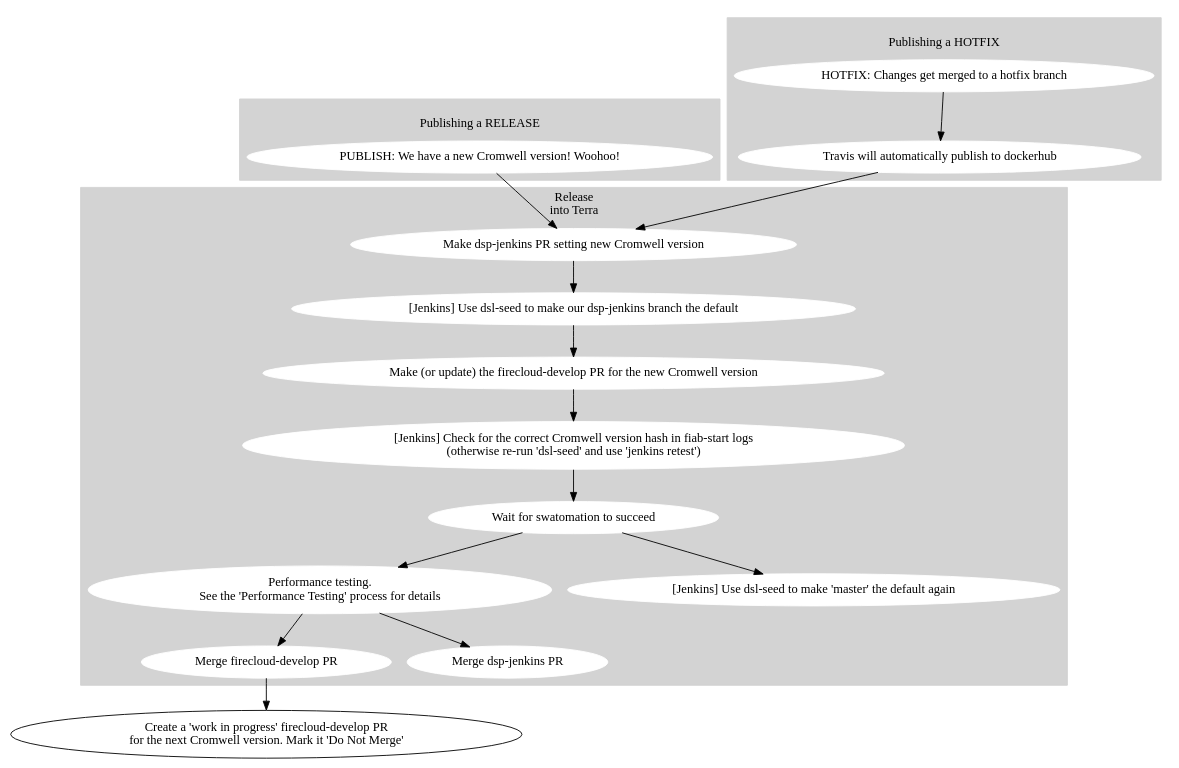
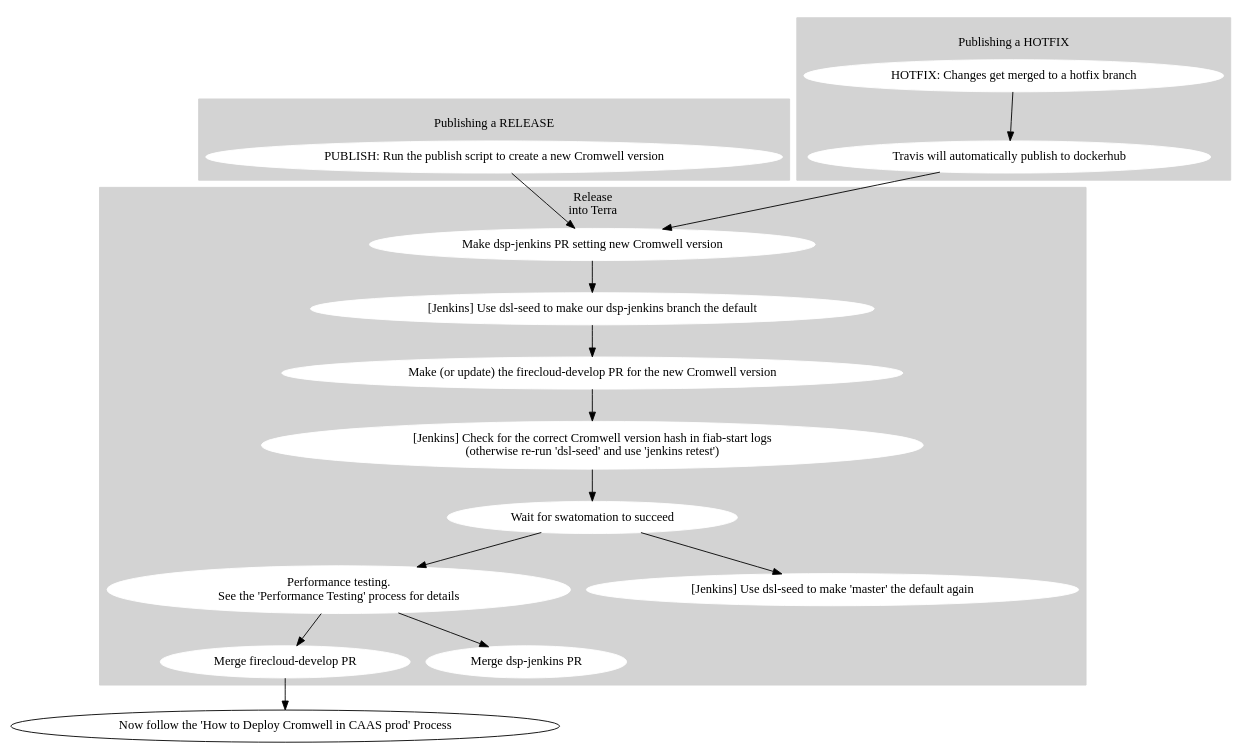
One commit to broadinstitute/cromwell changed the diagram in processes/release_processes/firecloud-develop.dot. Above: the diagram before and after it, drawn with Graphviz. The commit also changed 4 other files, not shown here.

Commit message:
Document that we now release to CAAS as well as Terra

```diff
--- a/processes/release_processes/firecloud-develop.dot
+++ b/processes/release_processes/firecloud-develop.dot
@@ -1,70 +1,70 @@
 digraph {
 
   # Nodes
 
   subgraph cluster_0 {
     label="\lPublishing a RELEASE"
     style=filled
     node [style=filled,color=white];
     color="lightgrey"
 
-    release_cromwell [shape=oval label="PUBLISH: We have a new Cromwell version! Woohoo!"];
+    release_cromwell [shape=oval label="PUBLISH: Run the publish script to create a new Cromwell version"];
   }
 
   subgraph cluster_1 {
     label="\lPublishing a HOTFIX"
     style=filled
     node [style=filled,color=white];
     color="lightgrey"
 
     hotfix_changes [shape=oval label="HOTFIX: Changes get merged to a hotfix branch"];
     publish_hotfix [shape=oval label="Travis will automatically publish to dockerhub"];
   }
 
   subgraph cluster_2 {
     label="Release\ninto Terra"
     style=filled
     node [style=filled,color=white];
     color="lightgrey"
 
     fcdev_pr [shape=oval label="Make (or update) the firecloud-develop PR for the new Cromwell version"];
     confirm_cromwell_v [shape=oval label="[Jenkins] Check for the correct Cromwell version hash in fiab-start logs\n(otherwise re-run 'dsl-seed' and use 'jenkins retest')"];
     confirm_cromwell_v [shape=oval label="[Jenkins] Check for the correct Cromwell version hash in fiab-start logs\n(otherwise re-run 'dsl-seed' and use 'jenkins retest')"];
     fcdev_success [shape=oval label="Wait for swatomation to succeed"];
 
     fcdev_merge [shape=oval label="Merge firecloud-develop PR"];
 
     dspjenkins_PR [shape=oval label="Make dsp-jenkins PR setting new Cromwell version"];
     dspjenkins_merge [shape=oval label="Merge dsp-jenkins PR"];
 
     qa_perf [shape=oval label="Performance testing.\nSee the 'Performance Testing' process for details"];
 
     jenkins_set [shape=oval label="[Jenkins] Use dsl-seed to make our dsp-jenkins branch the default"];
     jenkins_reset [shape=oval label="[Jenkins] Use dsl-seed to make 'master' the default again"];
 
   }
 
-  fcdev_upnext [shape=oval label="Create a 'work in progress' firecloud-develop PR\nfor the next Cromwell version. Mark it 'Do Not Merge'"];
+  update_caas [shape=oval label="Now follow the 'How to Deploy Cromwell in CAAS prod' Process"];
 
   # Edges
 
   hotfix_changes -> publish_hotfix
   publish_hotfix -> dspjenkins_PR
 
   release_cromwell -> dspjenkins_PR
 
   fcdev_pr -> confirm_cromwell_v
 
   dspjenkins_PR -> jenkins_set
 
   jenkins_set -> fcdev_pr
   confirm_cromwell_v -> fcdev_success
 
   fcdev_success -> jenkins_reset
   fcdev_success -> qa_perf
 
   qa_perf -> dspjenkins_merge
   qa_perf -> fcdev_merge
 
-  fcdev_merge -> fcdev_upnext
+  fcdev_merge -> update_caas
 }
```
